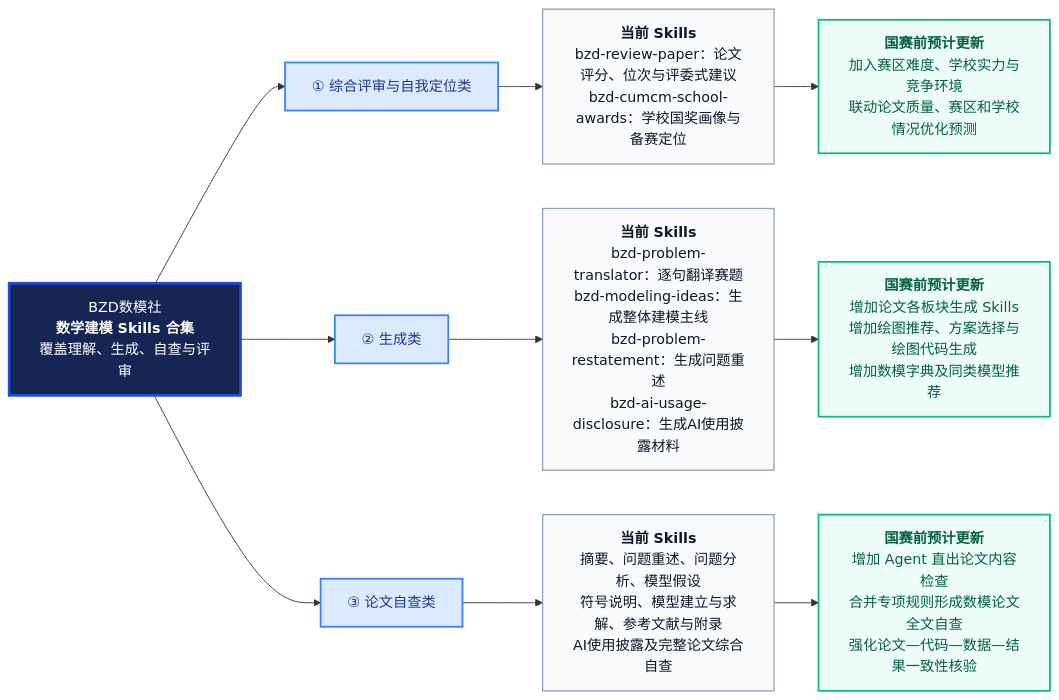
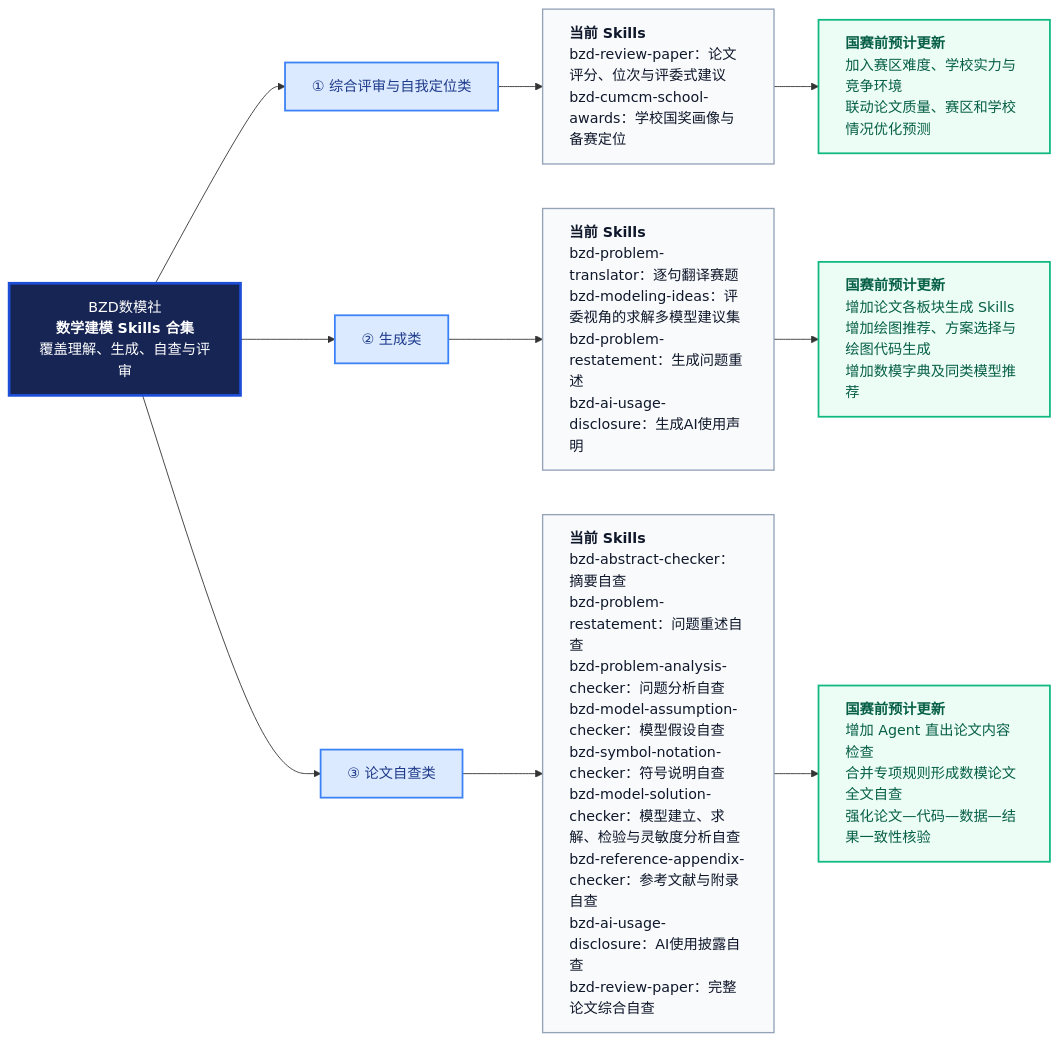
The first of 2 diagrams in README.md (BZDmathclub/bzd-math-modeling-skills), drawn with Mermaid before and after one commit. The commit also changed other lines of this file, not shown here.

````diff
--- a/README.md
+++ b/README.md
@@ -71,35 +70,35 @@
 ```mermaid
 flowchart LR
     BZD["BZD数模社<br/><b>数学建模 Skills 合集</b><br/>覆盖理解、生成、自查与评审"]
 
     REVIEW["① 综合评审与自我定位类"]
     GENERATE["② 生成类"]
     CHECK["③ 论文自查类"]
 
-    R_NOW["<b>当前 Skills</b><br/>bzd-review-paper：论文评分、位次与评委式建议<br/>bzd-cumcm-school-awards：学校国奖画像与备赛定位"]
-    R_UPDATE["<b>国赛前预计更新</b><br/>加入赛区难度、学校实力与竞争环境<br/>联动论文质量、赛区和学校情况优化预测"]
+    R_NOW["<div style='text-align:left'><b>当前 Skills</b><br/>bzd-review-paper：论文评分、位次与评委式建议<br/>bzd-cumcm-school-awards：学校国奖画像与备赛定位</div>"]
+    R_UPDATE["<div style='text-align:left'><b>国赛前预计更新</b><br/>加入赛区难度、学校实力与竞争环境<br/>联动论文质量、赛区和学校情况优化预测</div>"]
 
-    G_NOW["<b>当前 Skills</b><br/>bzd-problem-translator：逐句翻译赛题<br/>bzd-modeling-ideas：生成整体建模主线<br/>bzd-problem-restatement：生成问题重述<br/>bzd-ai-usage-disclosure：生成AI使用披露材料"]
-    G_UPDATE["<b>国赛前预计更新</b><br/>增加论文各板块生成 Skills<br/>增加绘图推荐、方案选择与绘图代码生成<br/>增加数模字典及同类模型推荐"]
+    G_NOW["<div style='text-align:left'><b>当前 Skills</b><br/>bzd-problem-translator：逐句翻译赛题<br/>bzd-modeling-ideas：评委视角的求解多模型建议集<br/>bzd-problem-restatement：生成问题重述<br/>bzd-ai-usage-disclosure：生成AI使用声明</div>"]
+    G_UPDATE["<div style='text-align:left'><b>国赛前预计更新</b><br/>增加论文各板块生成 Skills<br/>增加绘图推荐、方案选择与绘图代码生成<br/>增加数模字典及同类模型推荐</div>"]
 
-    C_NOW["<b>当前 Skills</b><br/>摘要、问题重述、问题分析、模型假设<br/>符号说明、模型建立与求解、参考文献与附录<br/>AI使用披露及完整论文综合自查"]
-    C_UPDATE["<b>国赛前预计更新</b><br/>增加 Agent 直出论文内容检查<br/>合并专项规则形成数模论文全文自查<br/>强化论文—代码—数据—结果一致性核验"]
+    C_NOW["<div style='text-align:left'><b>当前 Skills</b><br/>bzd-abstract-checker：摘要自查<br/>bzd-problem-restatement：问题重述自查<br/>bzd-problem-analysis-checker：问题分析自查<br/>bzd-model-assumption-checker：模型假设自查<br/>bzd-symbol-notation-checker：符号说明自查<br/>bzd-model-solution-checker：模型建立、求解、检验与灵敏度分析自查<br/>bzd-reference-appendix-checker：参考文献与附录自查<br/>bzd-ai-usage-disclosure：AI使用披露自查<br/>bzd-review-paper：完整论文综合自查</div>"]
+    C_UPDATE["<div style='text-align:left'><b>国赛前预计更新</b><br/>增加 Agent 直出论文内容检查<br/>合并专项规则形成数模论文全文自查<br/>强化论文—代码—数据—结果一致性核验</div>"]
 
     BZD --> REVIEW
     BZD --> GENERATE
     BZD --> CHECK
 
     REVIEW --> R_NOW --> R_UPDATE
     GENERATE --> G_NOW --> G_UPDATE
     CHECK --> C_NOW --> C_UPDATE
 
     classDef hub fill:#172554,color:#ffffff,stroke:#1d4ed8,stroke-width:3px;
     classDef category fill:#dbeafe,color:#1e3a8a,stroke:#3b82f6,stroke-width:2px;
     classDef current fill:#f8fafc,color:#0f172a,stroke:#94a3b8,stroke-width:1.5px;
     classDef update fill:#ecfdf5,color:#065f46,stroke:#10b981,stroke-width:2px;
 
     class BZD hub;
     class REVIEW,GENERATE,CHECK category;
     class R_NOW,G_NOW,C_NOW current;
     class R_UPDATE,G_UPDATE,C_UPDATE update;
 ```
````
